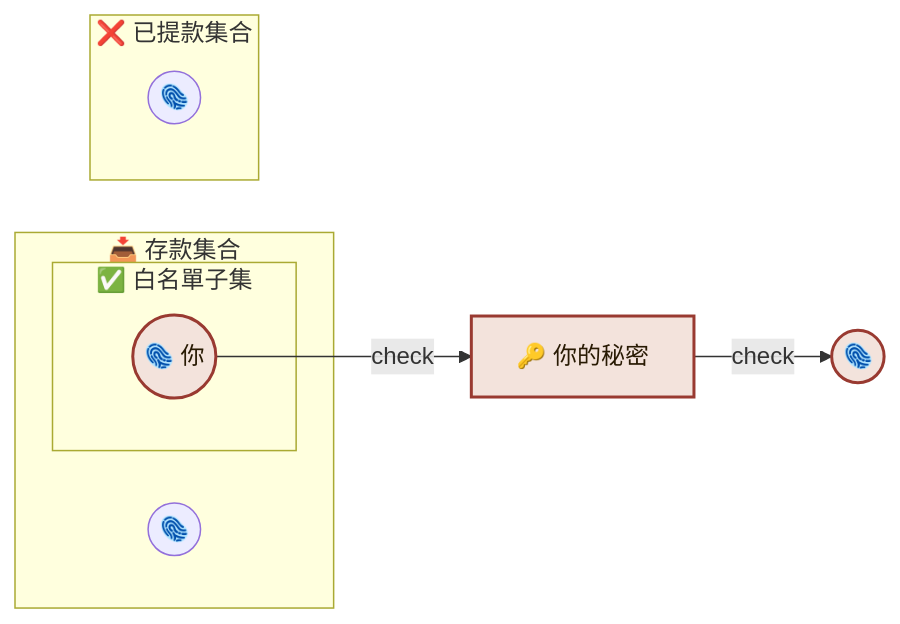
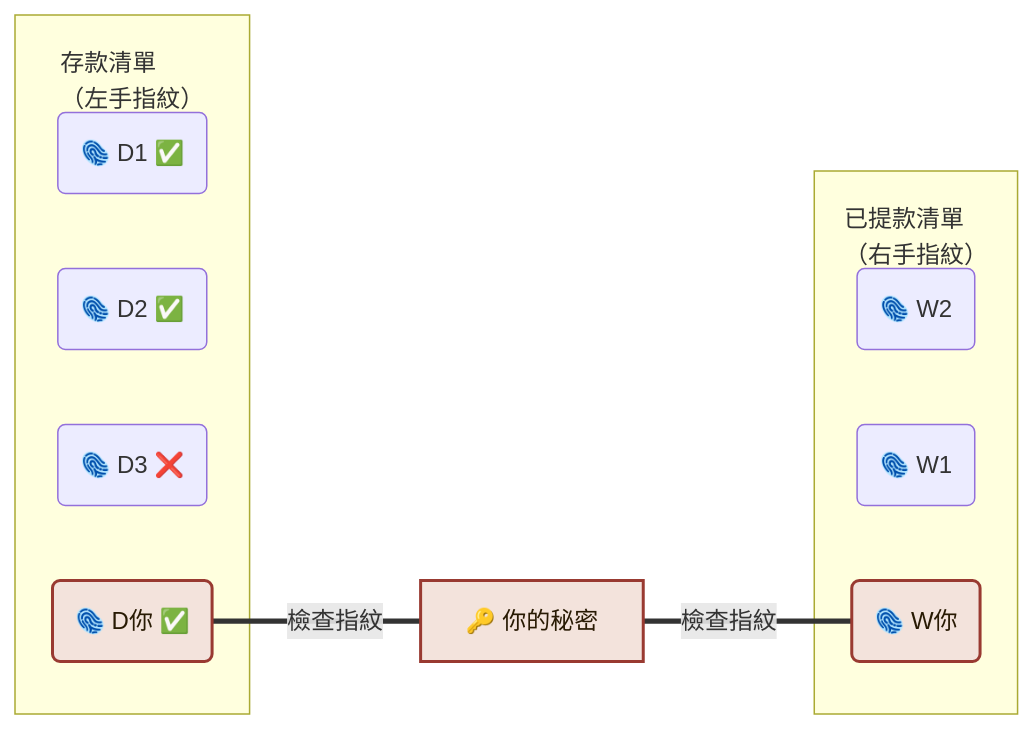
One commit to ChihChengLiang/notes changed diagram 11 of 11 in notes/2026-07-27_privacy_pools/slides.md. Above: the diagram before and after it, drawn with Mermaid. The commit also changed other lines of this file and 1 other file, not shown here.

Commit message:
add diagram

````diff
--- a/notes/2026-07-27_privacy_pools/slides.md
+++ b/notes/2026-07-27_privacy_pools/slides.md
@@ -459,23 +449,32 @@
 ```mermaid
+%%{init: {"flowchart": {"subGraphTitleMargin": {"top": 20, "bottom": 10}}}}%%
 %% fragment
 flowchart LR
-    subgraph DEP["📥 存款集合"]
-        R1(("🫆"))
-        subgraph ASP["✅ 白名單子集"]
-            RYOU(("🫆 你"))
-        end
+    D1("🫆 D1 ✅")
+    D2("🫆 D2 ✅")
+    D3("🫆 D3 ❌")
+    W2("🫆 W2")
+    DYOU("🫆 D你 ✅")
+    W1("🫆 W1")
+    WYOU("🫆 W你")
+    SECRET["🔑 你的秘密"]
+    subgraph DEP["存款清單<br>（左手指紋）<br>"]
+      D1
+      D2
+      D3
+      DYOU
     end
 
-    SECRET["🔑 你的秘密"]
-    RYOU -->|check| SECRET
+    DYOU ===|檢查指紋| SECRET
 
-    L1(("🫆"))
-    SECRET -->|check| L1
+    SECRET ===|檢查指紋| WYOU
 
-    subgraph WD["❌ 已提款集合"]
-        L2(("🫆"))
+    subgraph WD["已提款清單<br>（右手指紋）<br>"]
+      W2
+      W1
+      WYOU
     end
 
     classDef highlight fill:#f3e3dc,stroke:#993a31,stroke-width:2px,color:#281a03
-    class RYOU,SECRET,L1 highlight
+    class DYOU,WYOU,SECRET highlight
 ```
````
